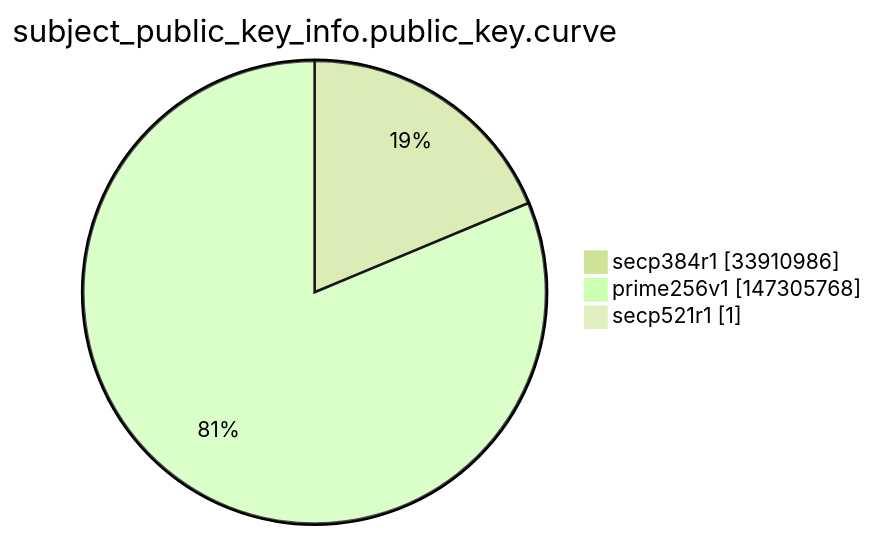
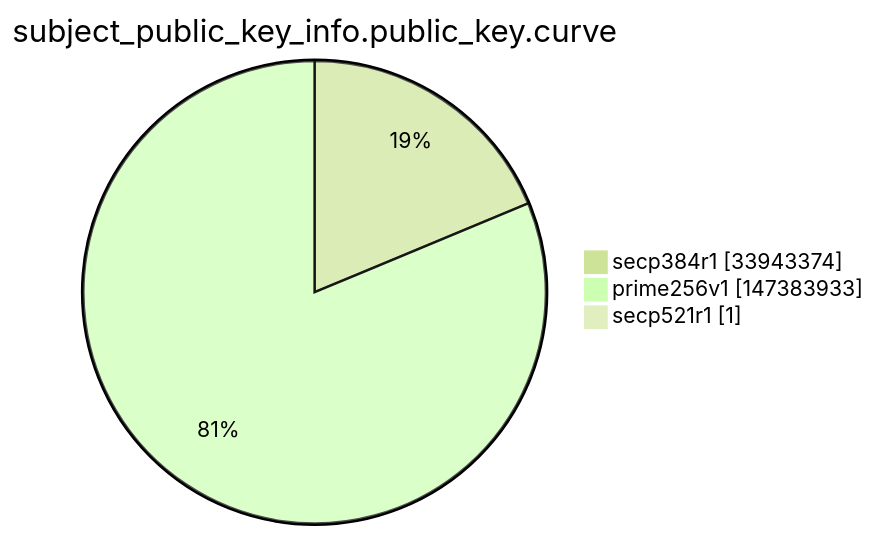
The ninth of 15 diagrams in argon2022/README.md (christiankrug/ctmonitor_visualization), drawn with Mermaid (forest theme) before and after one commit. The commit also changed other lines of this file, not shown here.

````diff
--- a/argon2022/README.md
+++ b/argon2022/README.md
@@ -2764,7 +2764,7 @@
 ```mermaid
 pie showData
 title subject_public_key_info.public_key.curve
-"secp384r1" :33910986
-"prime256v1" :147305768
+"secp384r1" :33943374
+"prime256v1" :147383933
 "secp521r1" :1
 ```
````
